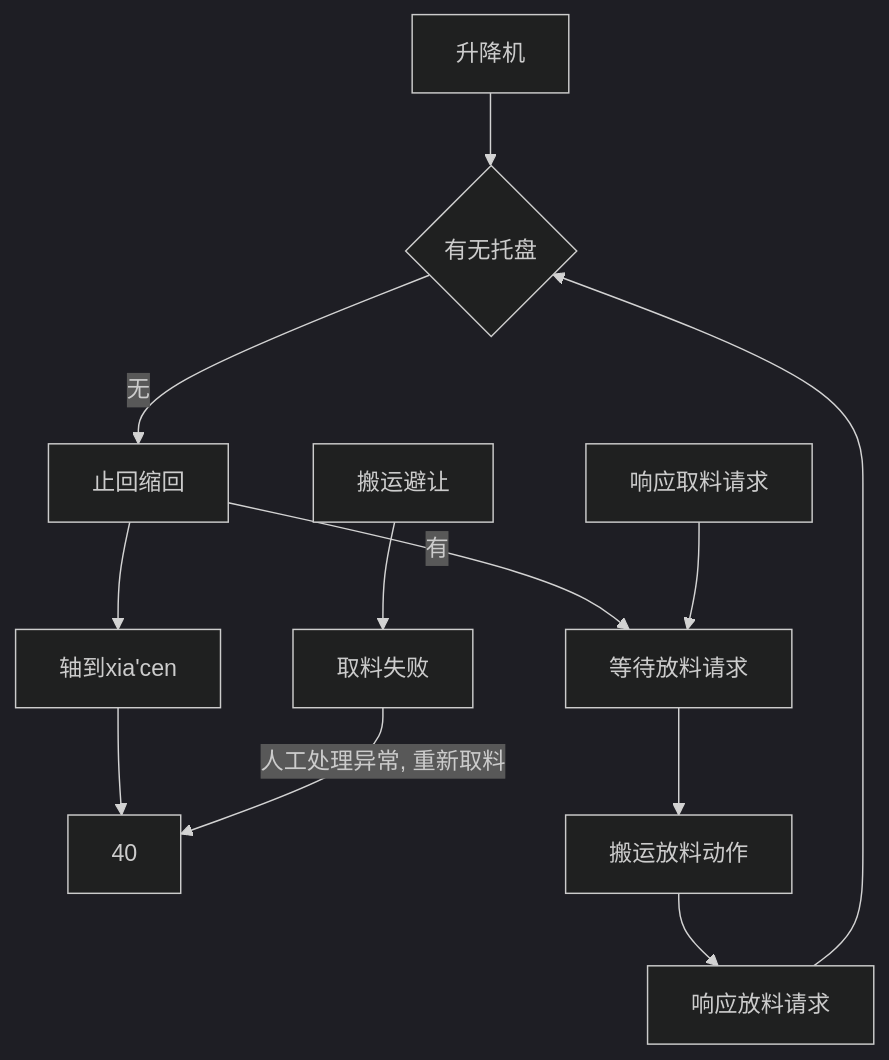
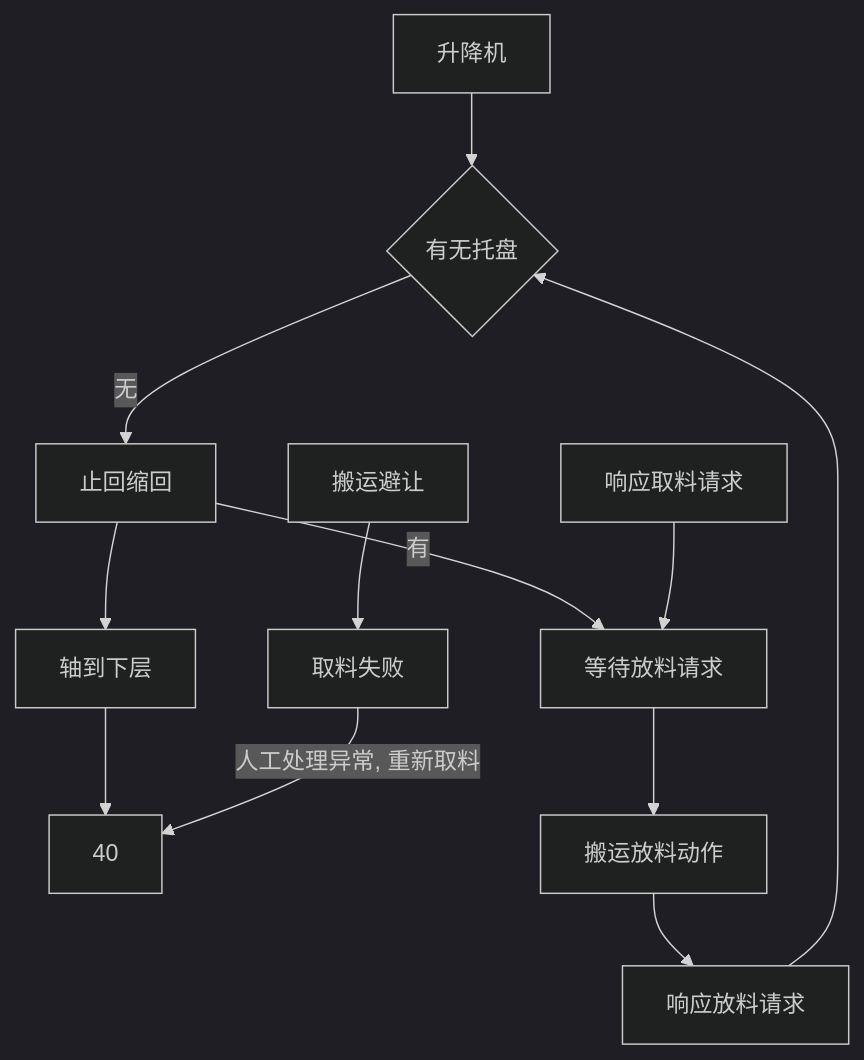
Before and after one commit to PengKun1/iodraw-files: the diagram in all/升降台.md, drawn with Mermaid (dark theme).

Commit message:
2024-12-23 10:19:20 update

````diff
--- a/all/升降台.md
+++ b/all/升降台.md
@@ -1,15 +1,15 @@
 ```mermaid
 graph TD
 0[升降机]-->10
 10{有无托盘}-->|无|20
 20-->|有|60
 20[止回缩回]-->30
-30[轴到xia'cen]-->40
+30[轴到下层]-->40
 50[响应取料请求]-->60
 60[等待放料请求]-->70
 70[搬运放料动作]-->80
 80[响应放料请求]-->10
 90[搬运避让]-->900
 
 900[取料失败]-->|人工处理异常, 重新取料|40
 ```
````
